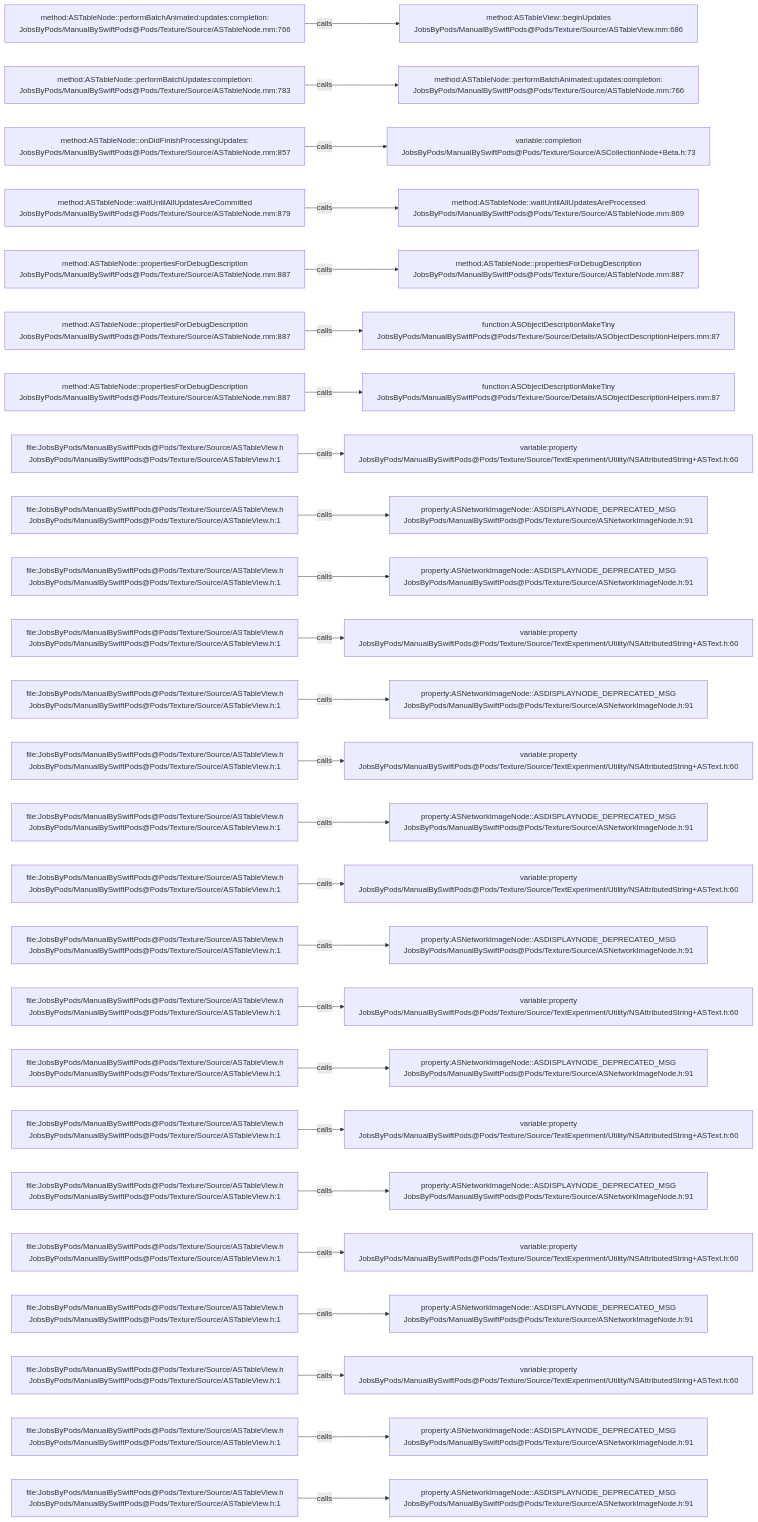
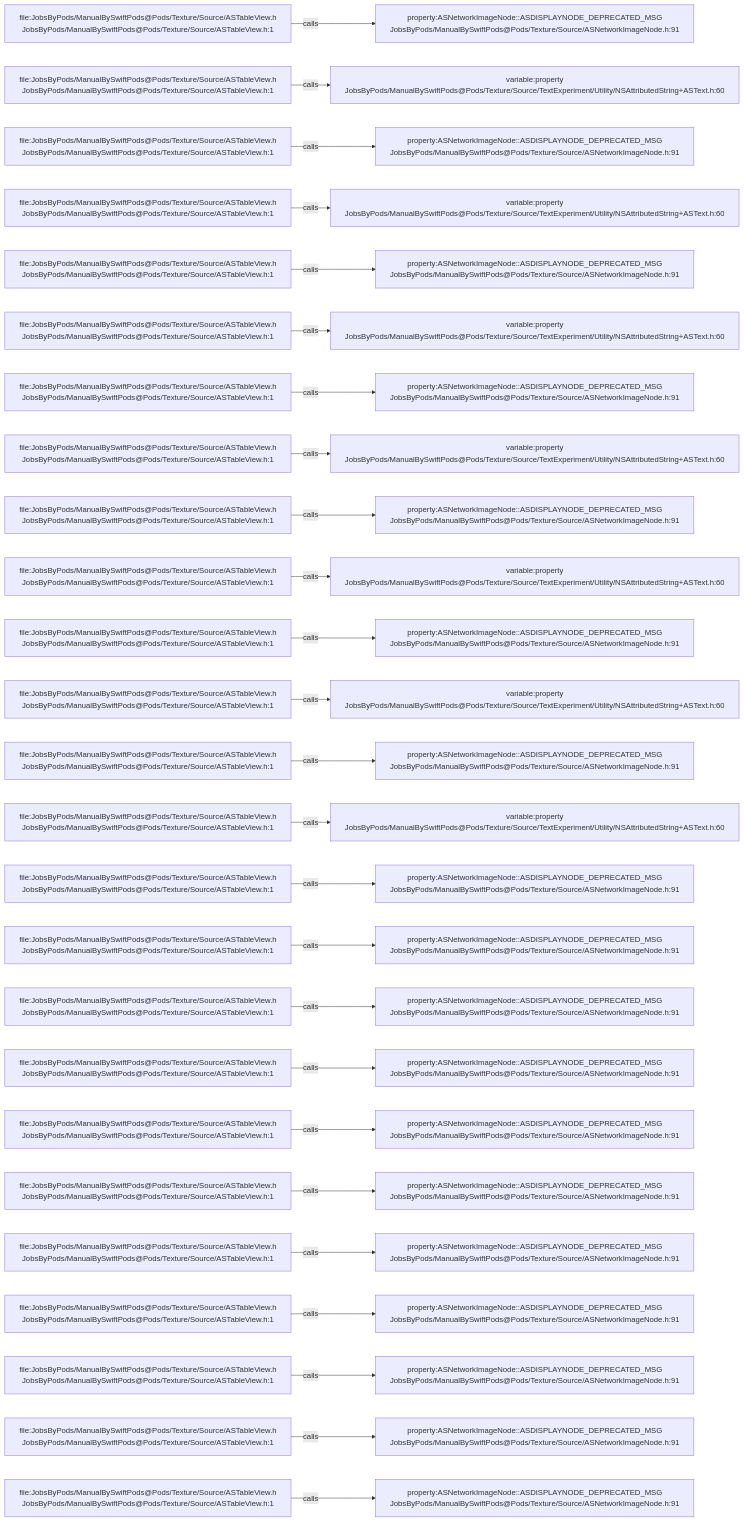
Before and after one commit to JobsKits/JobsSwiftBaseConfigDemo: the diagram in .codegraph/codegraph.md/graphs/calls-057.md, drawn with Mermaid. The commit also changed 707 other files, not shown here.

````diff
--- a/.codegraph/codegraph.md/graphs/calls-057.md
+++ b/.codegraph/codegraph.md/graphs/calls-057.md
@@ -13,78 +13,78 @@
 ```mermaid
 flowchart LR
-  S1["method:ASTableNode::performBatchAnimated:updates:completion:<br/>JobsByPods/ManualBySwiftPods@Pods/Texture/Source/ASTableNode.mm:766"]
-  T1["method:ASTableView::beginUpdates<br/>JobsByPods/ManualBySwiftPods@Pods/Texture/Source/ASTableView.mm:686"]
+  S1["file:JobsByPods/ManualBySwiftPods@Pods/Texture/Source/ASTableView.h<br/>JobsByPods/ManualBySwiftPods@Pods/Texture/Source/ASTableView.h:1"]
+  T1["property:ASNetworkImageNode::ASDISPLAYNODE_DEPRECATED_MSG<br/>JobsByPods/ManualBySwiftPods@Pods/Texture/Source/ASNetworkImageNode.h:91"]
   S1 -->|calls| T1
-  S2["method:ASTableNode::performBatchUpdates:completion:<br/>JobsByPods/ManualBySwiftPods@Pods/Texture/Source/ASTableNode.mm:783"]
-  T2["method:ASTableNode::performBatchAnimated:updates:completion:<br/>JobsByPods/ManualBySwiftPods@Pods/Texture/Source/ASTableNode.mm:766"]
+  S2["file:JobsByPods/ManualBySwiftPods@Pods/Texture/Source/ASTableView.h<br/>JobsByPods/ManualBySwiftPods@Pods/Texture/Source/ASTableView.h:1"]
+  T2["variable:property<br/>JobsByPods/ManualBySwiftPods@Pods/Texture/Source/TextExperiment/Utility/NSAttributedString+ASText.h:60"]
   S2 -->|calls| T2
-  S3["method:ASTableNode::onDidFinishProcessingUpdates:<br/>JobsByPods/ManualBySwiftPods@Pods/Texture/Source/ASTableNode.mm:857"]
-  T3["variable:completion<br/>JobsByPods/ManualBySwiftPods@Pods/Texture/Source/ASCollectionNode+Beta.h:73"]
+  S3["file:JobsByPods/ManualBySwiftPods@Pods/Texture/Source/ASTableView.h<br/>JobsByPods/ManualBySwiftPods@Pods/Texture/Source/ASTableView.h:1"]
+  T3["property:ASNetworkImageNode::ASDISPLAYNODE_DEPRECATED_MSG<br/>JobsByPods/ManualBySwiftPods@Pods/Texture/Source/ASNetworkImageNode.h:91"]
   S3 -->|calls| T3
-  S4["method:ASTableNode::waitUntilAllUpdatesAreCommitted<br/>JobsByPods/ManualBySwiftPods@Pods/Texture/Source/ASTableNode.mm:879"]
-  T4["method:ASTableNode::waitUntilAllUpdatesAreProcessed<br/>JobsByPods/ManualBySwiftPods@Pods/Texture/Source/ASTableNode.mm:869"]
+  S4["file:JobsByPods/ManualBySwiftPods@Pods/Texture/Source/ASTableView.h<br/>JobsByPods/ManualBySwiftPods@Pods/Texture/Source/ASTableView.h:1"]
+  T4["variable:property<br/>JobsByPods/ManualBySwiftPods@Pods/Texture/Source/TextExperiment/Utility/NSAttributedString+ASText.h:60"]
   S4 -->|calls| T4
-  S5["method:ASTableNode::propertiesForDebugDescription<br/>JobsByPods/ManualBySwiftPods@Pods/Texture/Source/ASTableNode.mm:887"]
-  T5["method:ASTableNode::propertiesForDebugDescription<br/>JobsByPods/ManualBySwiftPods@Pods/Texture/Source/ASTableNode.mm:887"]
+  S5["file:JobsByPods/ManualBySwiftPods@Pods/Texture/Source/ASTableView.h<br/>JobsByPods/ManualBySwiftPods@Pods/Texture/Source/ASTableView.h:1"]
+  T5["property:ASNetworkImageNode::ASDISPLAYNODE_DEPRECATED_MSG<br/>JobsByPods/ManualBySwiftPods@Pods/Texture/Source/ASNetworkImageNode.h:91"]
   S5 -->|calls| T5
-  S6["method:ASTableNode::propertiesForDebugDescription<br/>JobsByPods/ManualBySwiftPods@Pods/Texture/Source/ASTableNode.mm:887"]
-  T6["function:ASObjectDescriptionMakeTiny<br/>JobsByPods/ManualBySwiftPods@Pods/Texture/Source/Details/ASObjectDescriptionHelpers.mm:87"]
+  S6["file:JobsByPods/ManualBySwiftPods@Pods/Texture/Source/ASTableView.h<br/>JobsByPods/ManualBySwiftPods@Pods/Texture/Source/ASTableView.h:1"]
+  T6["variable:property<br/>JobsByPods/ManualBySwiftPods@Pods/Texture/Source/TextExperiment/Utility/NSAttributedString+ASText.h:60"]
   S6 -->|calls| T6
-  S7["method:ASTableNode::propertiesForDebugDescription<br/>JobsByPods/ManualBySwiftPods@Pods/Texture/Source/ASTableNode.mm:887"]
-  T7["function:ASObjectDescriptionMakeTiny<br/>JobsByPods/ManualBySwiftPods@Pods/Texture/Source/Details/ASObjectDescriptionHelpers.mm:87"]
+  S7["file:JobsByPods/ManualBySwiftPods@Pods/Texture/Source/ASTableView.h<br/>JobsByPods/ManualBySwiftPods@Pods/Texture/Source/ASTableView.h:1"]
+  T7["property:ASNetworkImageNode::ASDISPLAYNODE_DEPRECATED_MSG<br/>JobsByPods/ManualBySwiftPods@Pods/Texture/Source/ASNetworkImageNode.h:91"]
   S7 -->|calls| T7
   S8["file:JobsByPods/ManualBySwiftPods@Pods/Texture/Source/ASTableView.h<br/>JobsByPods/ManualBySwiftPods@Pods/Texture/Source/ASTableView.h:1"]
   T8["variable:property<br/>JobsByPods/ManualBySwiftPods@Pods/Texture/Source/TextExperiment/Utility/NSAttributedString+ASText.h:60"]
   S8 -->|calls| T8
   S9["file:JobsByPods/ManualBySwiftPods@Pods/Texture/Source/ASTableView.h<br/>JobsByPods/ManualBySwiftPods@Pods/Texture/Source/ASTableView.h:1"]
   T9["property:ASNetworkImageNode::ASDISPLAYNODE_DEPRECATED_MSG<br/>JobsByPods/ManualBySwiftPods@Pods/Texture/Source/ASNetworkImageNode.h:91"]
   S9 -->|calls| T9
   S10["file:JobsByPods/ManualBySwiftPods@Pods/Texture/Source/ASTableView.h<br/>JobsByPods/ManualBySwiftPods@Pods/Texture/Source/ASTableView.h:1"]
-  T10["property:ASNetworkImageNode::ASDISPLAYNODE_DEPRECATED_MSG<br/>JobsByPods/ManualBySwiftPods@Pods/Texture/Source/ASNetworkImageNode.h:91"]
+  T10["variable:property<br/>JobsByPods/ManualBySwiftPods@Pods/Texture/Source/TextExperiment/Utility/NSAttributedString+ASText.h:60"]
   S10 -->|calls| T10
   S11["file:JobsByPods/ManualBySwiftPods@Pods/Texture/Source/ASTableView.h<br/>JobsByPods/ManualBySwiftPods@Pods/Texture/Source/ASTableView.h:1"]
-  T11["variable:property<br/>JobsByPods/ManualBySwiftPods@Pods/Texture/Source/TextExperiment/Utility/NSAttributedString+ASText.h:60"]
+  T11["property:ASNetworkImageNode::ASDISPLAYNODE_DEPRECATED_MSG<br/>JobsByPods/ManualBySwiftPods@Pods/Texture/Source/ASNetworkImageNode.h:91"]
   S11 -->|calls| T11
   S12["file:JobsByPods/ManualBySwiftPods@Pods/Texture/Source/ASTableView.h<br/>JobsByPods/ManualBySwiftPods@Pods/Texture/Source/ASTableView.h:1"]
-  T12["property:ASNetworkImageNode::ASDISPLAYNODE_DEPRECATED_MSG<br/>JobsByPods/ManualBySwiftPods@Pods/Texture/Source/ASNetworkImageNode.h:91"]
+  T12["variable:property<br/>JobsByPods/ManualBySwiftPods@Pods/Texture/Source/TextExperiment/Utility/NSAttributedString+ASText.h:60"]
   S12 -->|calls| T12
   S13["file:JobsByPods/ManualBySwiftPods@Pods/Texture/Source/ASTableView.h<br/>JobsByPods/ManualBySwiftPods@Pods/Texture/Source/ASTableView.h:1"]
-  T13["variable:property<br/>JobsByPods/ManualBySwiftPods@Pods/Texture/Source/TextExperiment/Utility/NSAttributedString+ASText.h:60"]
+  T13["property:ASNetworkImageNode::ASDISPLAYNODE_DEPRECATED_MSG<br/>JobsByPods/ManualBySwiftPods@Pods/Texture/Source/ASNetworkImageNode.h:91"]
   S13 -->|calls| T13
   S14["file:JobsByPods/ManualBySwiftPods@Pods/Texture/Source/ASTableView.h<br/>JobsByPods/ManualBySwiftPods@Pods/Texture/Source/ASTableView.h:1"]
-  T14["property:ASNetworkImageNode::ASDISPLAYNODE_DEPRECATED_MSG<br/>JobsByPods/ManualBySwiftPods@Pods/Texture/Source/ASNetworkImageNode.h:91"]
+  T14["variable:property<br/>JobsByPods/ManualBySwiftPods@Pods/Texture/Source/TextExperiment/Utility/NSAttributedString+ASText.h:60"]
   S14 -->|calls| T14
   S15["file:JobsByPods/ManualBySwiftPods@Pods/Texture/Source/ASTableView.h<br/>JobsByPods/ManualBySwiftPods@Pods/Texture/Source/ASTableView.h:1"]
-  T15["variable:property<br/>JobsByPods/ManualBySwiftPods@Pods/Texture/Source/TextExperiment/Utility/NSAttributedString+ASText.h:60"]
+  T15["property:ASNetworkImageNode::ASDISPLAYNODE_DEPRECATED_MSG<br/>JobsByPods/ManualBySwiftPods@Pods/Texture/Source/ASNetworkImageNode.h:91"]
   S15 -->|calls| T15
   S16["file:JobsByPods/ManualBySwiftPods@Pods/Texture/Source/ASTableView.h<br/>JobsByPods/ManualBySwiftPods@Pods/Texture/Source/ASTableView.h:1"]
   T16["property:ASNetworkImageNode::ASDISPLAYNODE_DEPRECATED_MSG<br/>JobsByPods/ManualBySwiftPods@Pods/Texture/Source/ASNetworkImageNode.h:91"]
   S16 -->|calls| T16
   S17["file:JobsByPods/ManualBySwiftPods@Pods/Texture/Source/ASTableView.h<br/>JobsByPods/ManualBySwiftPods@Pods/Texture/Source/ASTableView.h:1"]
-  T17["variable:property<br/>JobsByPods/ManualBySwiftPods@Pods/Texture/Source/TextExperiment/Utility/NSAttributedString+ASText.h:60"]
+  T17["property:ASNetworkImageNode::ASDISPLAYNODE_DEPRECATED_MSG<br/>JobsByPods/ManualBySwiftPods@Pods/Texture/Source/ASNetworkImageNode.h:91"]
   S17 -->|calls| T17
   S18["file:JobsByPods/ManualBySwiftPods@Pods/Texture/Source/ASTableView.h<br/>JobsByPods/ManualBySwiftPods@Pods/Texture/Source/ASTableView.h:1"]
   T18["property:ASNetworkImageNode::ASDISPLAYNODE_DEPRECATED_MSG<br/>JobsByPods/ManualBySwiftPods@Pods/Texture/Source/ASNetworkImageNode.h:91"]
   S18 -->|calls| T18
   S19["file:JobsByPods/ManualBySwiftPods@Pods/Texture/Source/ASTableView.h<br/>JobsByPods/ManualBySwiftPods@Pods/Texture/Source/ASTableView.h:1"]
-  T19["variable:property<br/>JobsByPods/ManualBySwiftPods@Pods/Texture/Source/TextExperiment/Utility/NSAttributedString+ASText.h:60"]
+  T19["property:ASNetworkImageNode::ASDISPLAYNODE_DEPRECATED_MSG<br/>JobsByPods/ManualBySwiftPods@Pods/Texture/Source/ASNetworkImageNode.h:91"]
   S19 -->|calls| T19
   S20["file:JobsByPods/ManualBySwiftPods@Pods/Texture/Source/ASTableView.h<br/>JobsByPods/ManualBySwiftPods@Pods/Texture/Source/ASTableView.h:1"]
   T20["property:ASNetworkImageNode::ASDISPLAYNODE_DEPRECATED_MSG<br/>JobsByPods/ManualBySwiftPods@Pods/Texture/Source/ASNetworkImageNode.h:91"]
   S20 -->|calls| T20
   S21["file:JobsByPods/ManualBySwiftPods@Pods/Texture/Source/ASTableView.h<br/>JobsByPods/ManualBySwiftPods@Pods/Texture/Source/ASTableView.h:1"]
-  T21["variable:property<br/>JobsByPods/ManualBySwiftPods@Pods/Texture/Source/TextExperiment/Utility/NSAttributedString+ASText.h:60"]
+  T21["property:ASNetworkImageNode::ASDISPLAYNODE_DEPRECATED_MSG<br/>JobsByPods/ManualBySwiftPods@Pods/Texture/Source/ASNetworkImageNode.h:91"]
   S21 -->|calls| T21
   S22["file:JobsByPods/ManualBySwiftPods@Pods/Texture/Source/ASTableView.h<br/>JobsByPods/ManualBySwiftPods@Pods/Texture/Source/ASTableView.h:1"]
   T22["property:ASNetworkImageNode::ASDISPLAYNODE_DEPRECATED_MSG<br/>JobsByPods/ManualBySwiftPods@Pods/Texture/Source/ASNetworkImageNode.h:91"]
   S22 -->|calls| T22
   S23["file:JobsByPods/ManualBySwiftPods@Pods/Texture/Source/ASTableView.h<br/>JobsByPods/ManualBySwiftPods@Pods/Texture/Source/ASTableView.h:1"]
-  T23["variable:property<br/>JobsByPods/ManualBySwiftPods@Pods/Texture/Source/TextExperiment/Utility/NSAttributedString+ASText.h:60"]
+  T23["property:ASNetworkImageNode::ASDISPLAYNODE_DEPRECATED_MSG<br/>JobsByPods/ManualBySwiftPods@Pods/Texture/Source/ASNetworkImageNode.h:91"]
   S23 -->|calls| T23
   S24["file:JobsByPods/ManualBySwiftPods@Pods/Texture/Source/ASTableView.h<br/>JobsByPods/ManualBySwiftPods@Pods/Texture/Source/ASTableView.h:1"]
   T24["property:ASNetworkImageNode::ASDISPLAYNODE_DEPRECATED_MSG<br/>JobsByPods/ManualBySwiftPods@Pods/Texture/Source/ASNetworkImageNode.h:91"]
   S24 -->|calls| T24
   S25["file:JobsByPods/ManualBySwiftPods@Pods/Texture/Source/ASTableView.h<br/>JobsByPods/ManualBySwiftPods@Pods/Texture/Source/ASTableView.h:1"]
   T25["property:ASNetworkImageNode::ASDISPLAYNODE_DEPRECATED_MSG<br/>JobsByPods/ManualBySwiftPods@Pods/Texture/Source/ASNetworkImageNode.h:91"]
   S25 -->|calls| T25
 ```
````
